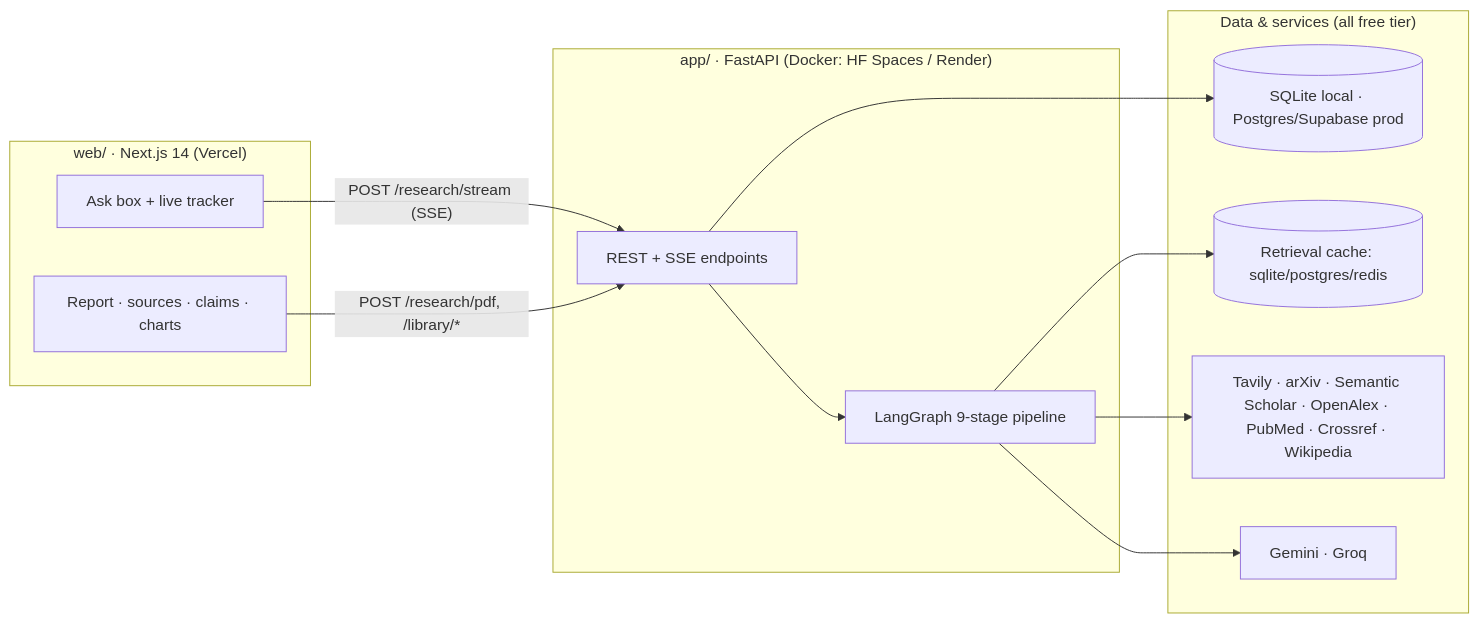
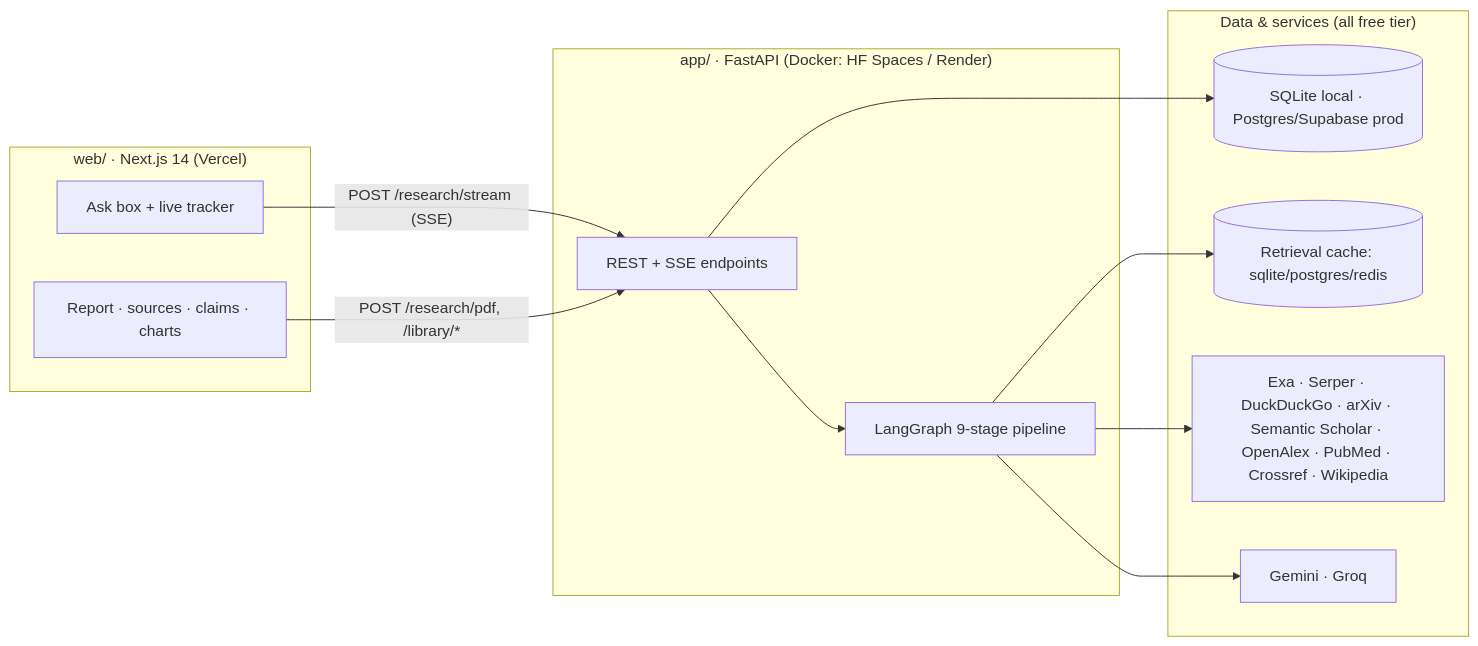
The first of 2 diagrams in docs/ARCHITECTURE.md (Sumi-tgupta/research-agent), drawn with Mermaid before and after one commit. The commit also changed other lines of this file and 17 other files, not shown here.

````diff
--- a/docs/ARCHITECTURE.md
+++ b/docs/ARCHITECTURE.md
@@ -14,25 +14,25 @@
 ```mermaid
 flowchart LR
   subgraph FE["web/ · Next.js 14 (Vercel)"]
     UI[Ask box + live tracker]
     REP[Report · sources · claims · charts]
   end
   subgraph BE["app/ · FastAPI (Docker: HF Spaces / Render)"]
     API[REST + SSE endpoints]
     GRAPH[LangGraph 9-stage pipeline]
   end
   subgraph DATA["Data & services (all free tier)"]
     DB[(SQLite local · Postgres/Supabase prod)]
     CACHE[(Retrieval cache: sqlite/postgres/redis)]
-    EXT[Tavily · arXiv · Semantic Scholar · OpenAlex · PubMed · Crossref · Wikipedia]
+    EXT[Exa · Serper · DuckDuckGo · arXiv · Semantic Scholar · OpenAlex · PubMed · Crossref · Wikipedia]
     LLM[Gemini · Groq]
   end
 
   UI -- "POST /research/stream (SSE)" --> API
   REP -- "POST /research/pdf, /library/*" --> API
   API --> GRAPH
   GRAPH --> EXT
   GRAPH --> LLM
   GRAPH --> CACHE
   API --> DB
 ```
````
